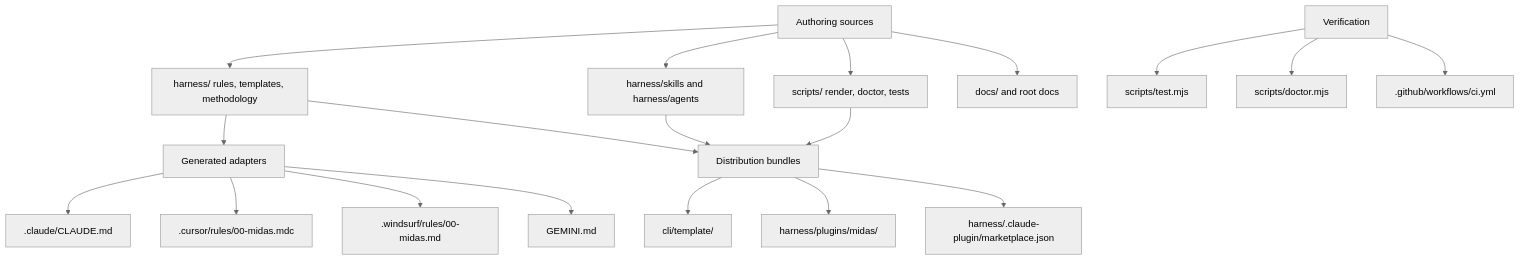
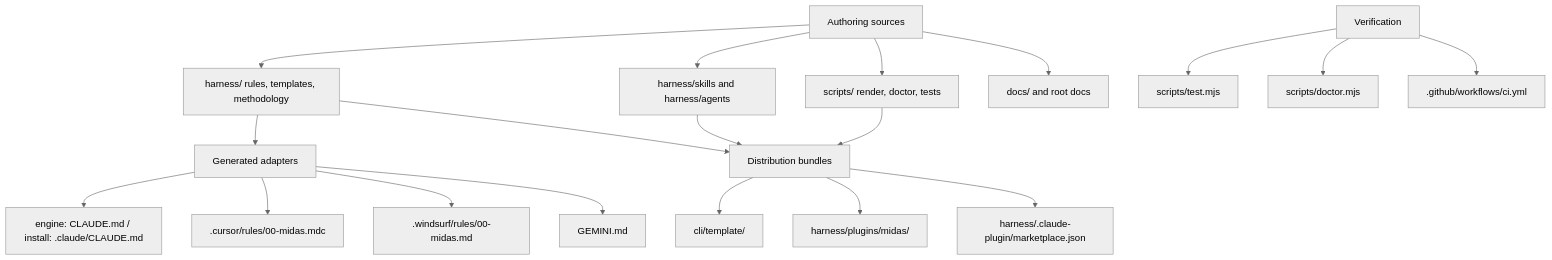
Before and after one commit to okuzpe/midas-harness: the first of 2 diagrams in docs/repository-architecture.md, drawn with Mermaid (neutral theme). The commit also changed other lines of this file and 302 other files, not shown here.

First line of the commit message:
feat: land Gentleman flows and Lite track wiring

````diff
--- a/docs/repository-architecture.md
+++ b/docs/repository-architecture.md
@@ -17,47 +17,47 @@
 ```mermaid
 flowchart TD
   Sources["Authoring sources"]
   Harness["harness/ rules, templates, methodology"]
   Skills["harness/skills and harness/agents"]
   Scripts["scripts/ render, doctor, tests"]
   Docs["docs/ and root docs"]
 
   Adapters["Generated adapters"]
-  ClaudeMd[".claude/CLAUDE.md"]
+  ClaudeMd["engine: CLAUDE.md / install: .claude/CLAUDE.md"]
   CursorRule[".cursor/rules/00-midas.mdc"]
   WindsurfRule[".windsurf/rules/00-midas.md"]
   Gemini["GEMINI.md"]
 
   Bundles["Distribution bundles"]
   CreateTemplate["cli/template/"]
   PluginTree["harness/plugins/midas/"]
   MarketplaceCatalog["harness/.claude-plugin/marketplace.json"]
 
   Checks["Verification"]
   TestScript["scripts/test.mjs"]
   Doctor["scripts/doctor.mjs"]
   CI[".github/workflows/ci.yml"]
 
   Sources --> Harness
   Sources --> Skills
   Sources --> Scripts
   Sources --> Docs
 
   Harness --> Adapters
   Skills --> Bundles
   Harness --> Bundles
   Scripts --> Bundles
 
   Adapters --> ClaudeMd
   Adapters --> CursorRule
   Adapters --> WindsurfRule
   Adapters --> Gemini
 
   Bundles --> CreateTemplate
   Bundles --> PluginTree
   Bundles --> MarketplaceCatalog
 
   Checks --> TestScript
   Checks --> Doctor
   Checks --> CI
 ```
````
